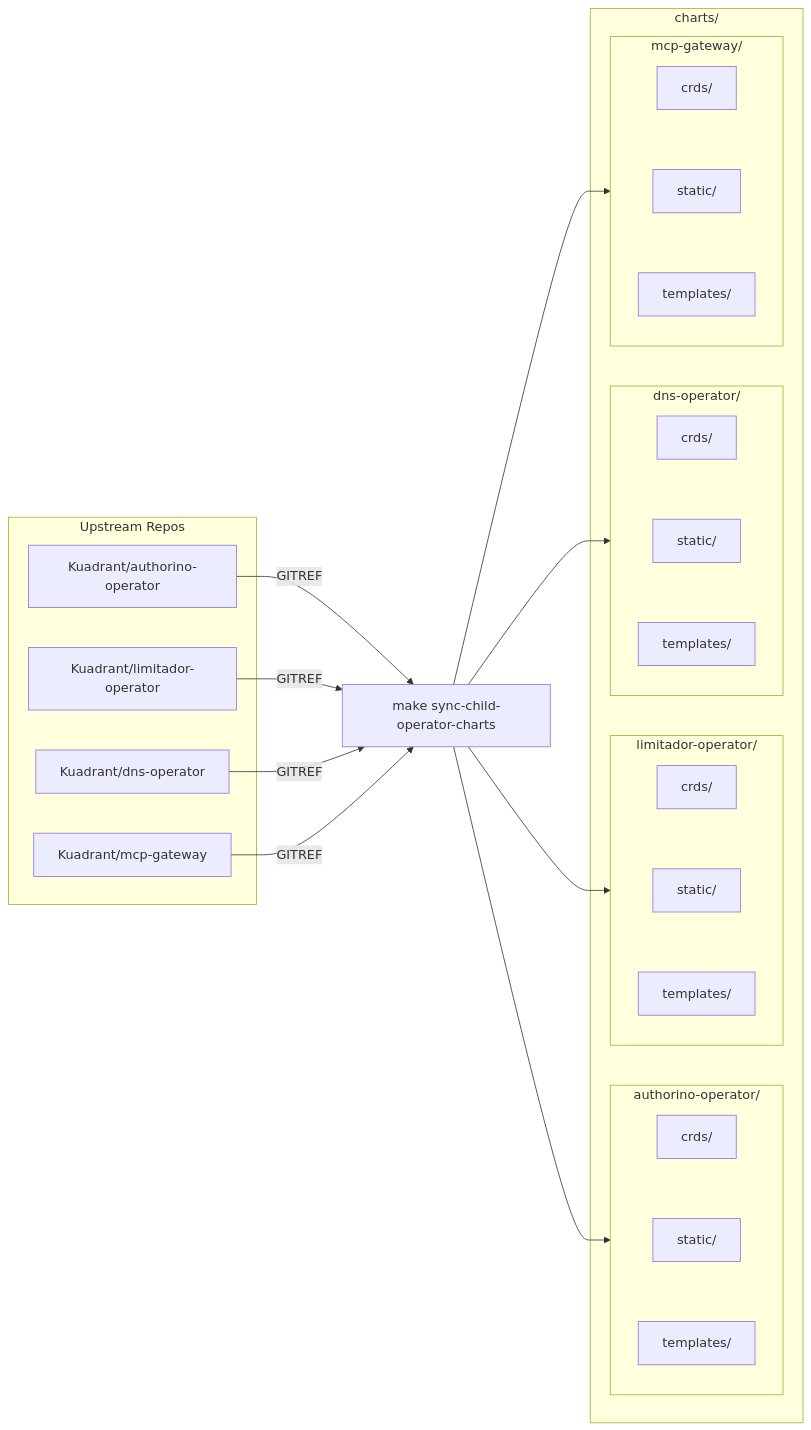
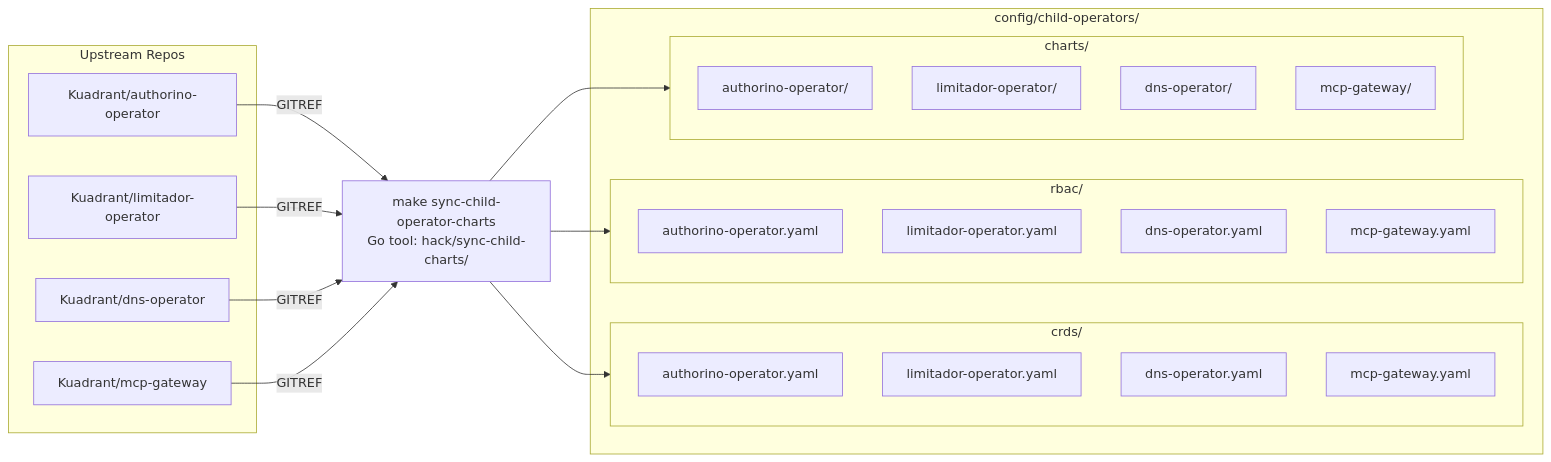
The first of 6 diagrams in docs/olmv1-phase1-architecture.md (Kuadrant/kuadrant-operator), drawn with Mermaid before and after one commit. The commit also changed other lines of this file and 83 other files, not shown here.

First line of the commit message:
refactor: Go sync tool and config/child-operators restructure

````diff
--- a/docs/olmv1-phase1-architecture.md
+++ b/docs/olmv1-phase1-architecture.md
@@ -17,36 +17,41 @@
 ```mermaid
 graph LR
     subgraph upstream["Upstream Repos"]
         AO["Kuadrant/authorino-operator"]
         LO["Kuadrant/limitador-operator"]
         DO["Kuadrant/dns-operator"]
         MG["Kuadrant/mcp-gateway"]
     end
 
-    SYNC["make sync-child-operator-charts"]
+    SYNC["make sync-child-operator-charts<br/>Go tool: hack/sync-child-charts/"]
 
     AO -->|GITREF| SYNC
     LO -->|GITREF| SYNC
     DO -->|GITREF| SYNC
     MG -->|GITREF| SYNC
 
-    subgraph local["charts/"]
-        subgraph ao["authorino-operator/"]
-            ao_c["crds/"] ~~~ ao_s["static/"] ~~~ ao_t["templates/"]
+    subgraph local["config/child-operators/"]
+        subgraph crds["crds/"]
+            ao_c["authorino-operator.yaml"]
+            lo_c["limitador-operator.yaml"]
+            do_c["dns-operator.yaml"]
+            mg_c["mcp-gateway.yaml"]
         end
-        subgraph lo["limitador-operator/"]
-            lo_c["crds/"] ~~~ lo_s["static/"] ~~~ lo_t["templates/"]
+        subgraph rbac["rbac/"]
+            ao_r["authorino-operator.yaml"]
+            lo_r["limitador-operator.yaml"]
+            do_r["dns-operator.yaml"]
+            mg_r["mcp-gateway.yaml"]
         end
-        subgraph do["dns-operator/"]
-            do_c["crds/"] ~~~ do_s["static/"] ~~~ do_t["templates/"]
-        end
-        subgraph mg["mcp-gateway/"]
-            mg_c["crds/"] ~~~ mg_s["static/"] ~~~ mg_t["templates/"]
+        subgraph charts["charts/"]
+            ao_t["authorino-operator/"]
+            lo_t["limitador-operator/"]
+            do_t["dns-operator/"]
+            mg_t["mcp-gateway/"]
         end
     end
 
-    SYNC --> ao
-    SYNC --> lo
-    SYNC --> do
-    SYNC --> mg
+    SYNC --> crds
+    SYNC --> rbac
+    SYNC --> charts
 ```
````
